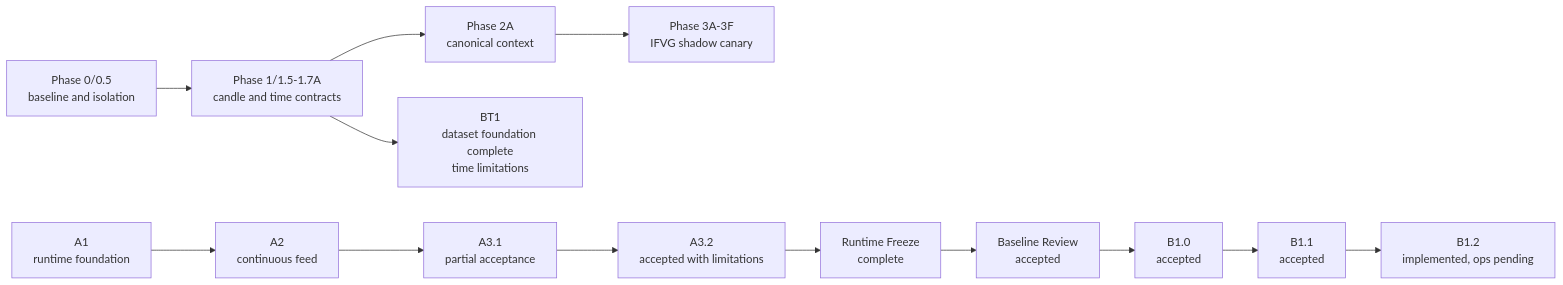
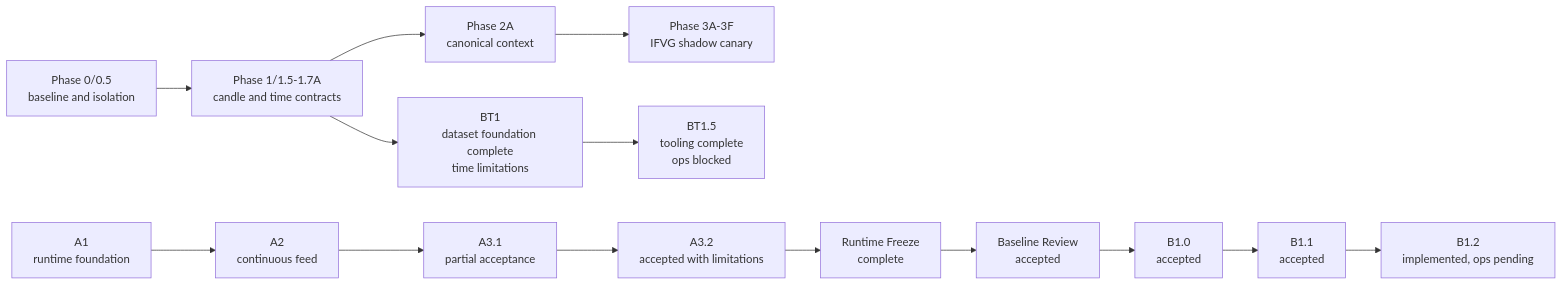
The first of 2 diagrams in docs/gotrader-runtime/architecture-roadmap.md (andreduval-png/gotrader-lab), drawn with Mermaid before and after one commit. The commit also changed other lines of this file and 2 other files, not shown here.

````diff
--- a/docs/gotrader-runtime/architecture-roadmap.md
+++ b/docs/gotrader-runtime/architecture-roadmap.md
@@ -68,20 +74,22 @@
 ```mermaid
 flowchart LR
   P0["Phase 0/0.5<br/>baseline and isolation"]
   P1["Phase 1/1.5-1.7A<br/>candle and time contracts"]
   P2["Phase 2A<br/>canonical context"]
   P3["Phase 3A-3F<br/>IFVG shadow canary"]
   A1["A1<br/>runtime foundation"]
   A2["A2<br/>continuous feed"]
   A31["A3.1<br/>partial acceptance"]
   A32["A3.2<br/>accepted with limitations"]
   RF["Runtime Freeze<br/>complete"]
   BR["Baseline Review<br/>accepted"]
   B10["B1.0<br/>accepted"]
   B11["B1.1<br/>accepted"]
   B12["B1.2<br/>implemented, ops pending"]
   BT1["BT1<br/>dataset foundation complete<br/>time limitations"]
+  BT15["BT1.5<br/>tooling complete<br/>ops blocked"]
   P0 --> P1 --> P2 --> P3
   A1 --> A2 --> A31 --> A32 --> RF --> BR --> B10 --> B11 --> B12
   P1 --> BT1
+  BT1 --> BT15
 ```
````
